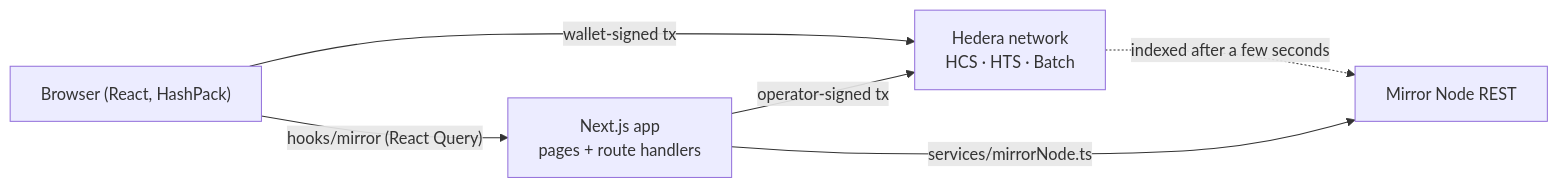
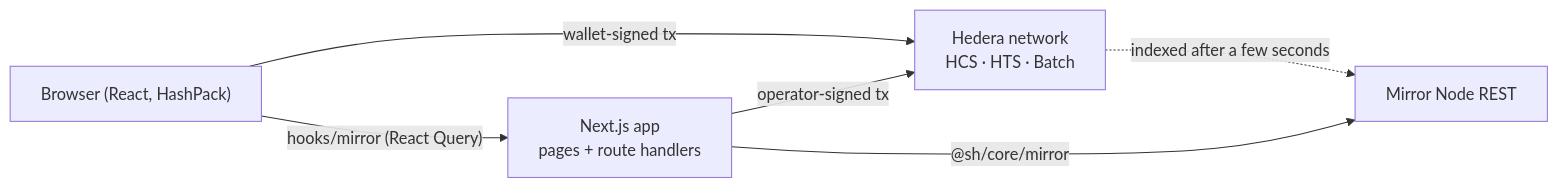
One commit to SpaceUY/hedera-governed-operations changed the first of 6 diagrams in docs/ARCHITECTURE.md. Above: the diagram before and after it, drawn with Mermaid. The commit also changed other lines of this file and 2 other files, not shown here.

````diff
--- a/docs/ARCHITECTURE.md
+++ b/docs/ARCHITECTURE.md
@@ -20,13 +20,13 @@
 ```mermaid
 flowchart LR
   Browser["Browser (React, HashPack)"]
   App["Next.js app<br/>pages + route handlers"]
   Hedera["Hedera network<br/>HCS · HTS · Batch"]
   Mirror["Mirror Node REST"]
 
   Browser -- "wallet-signed tx" --> Hedera
   Browser -- "hooks/mirror (React Query)" --> App
   App -- "operator-signed tx" --> Hedera
-  App -- "services/mirrorNode.ts" --> Mirror
+  App -- "@sh/core/mirror" --> Mirror
   Hedera -. "indexed after a few seconds" .-> Mirror
 ```
````
